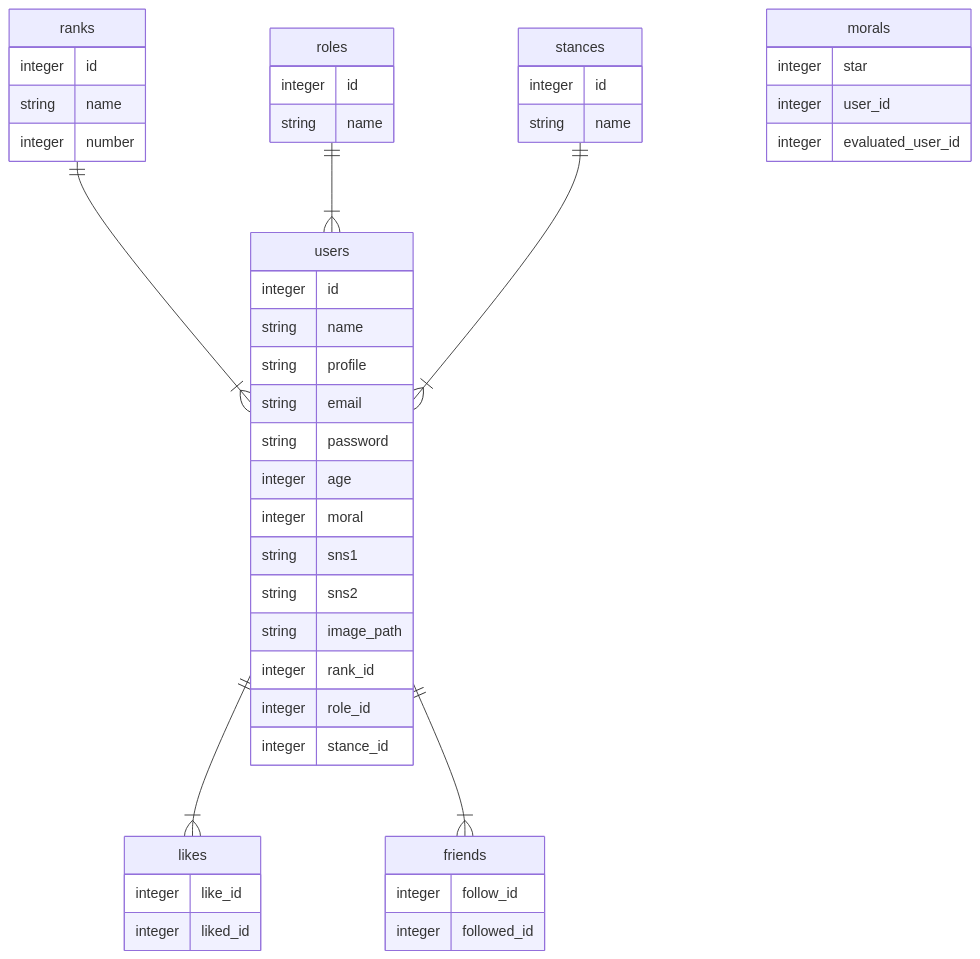
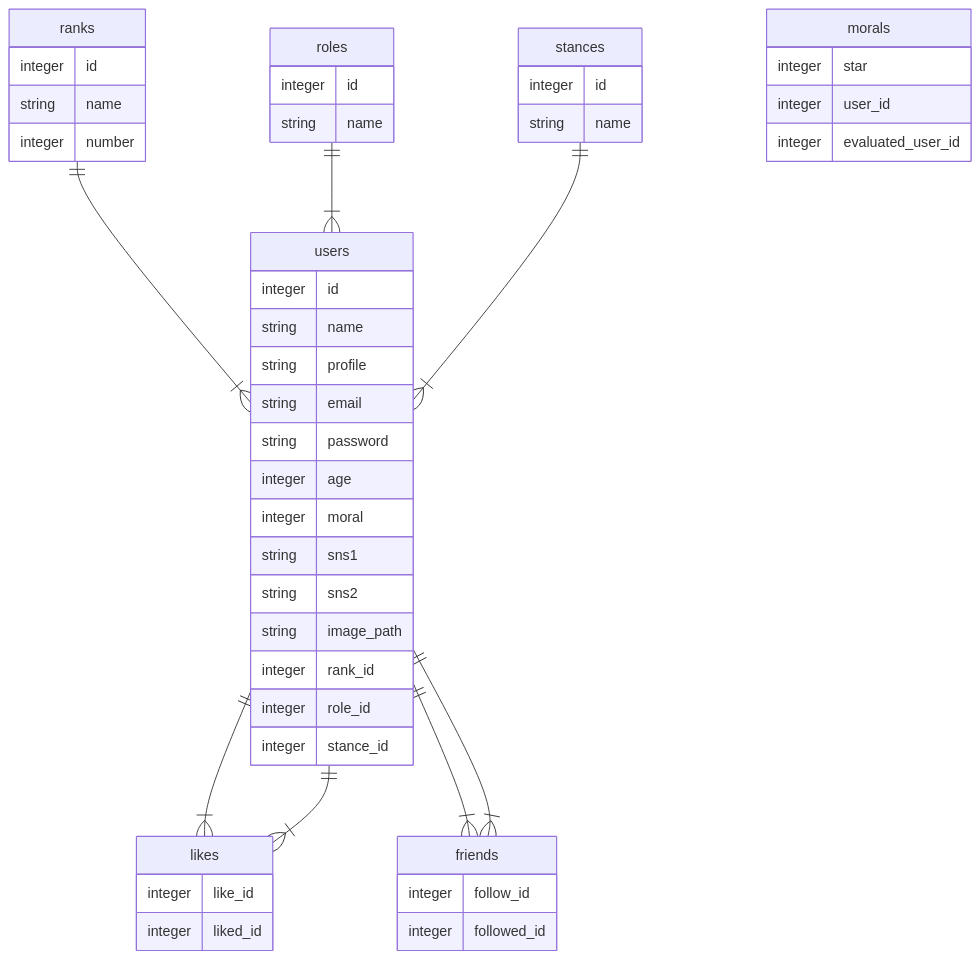
One commit to Yota310/valoboard changed the diagram in README.md. Above: the diagram before and after it, drawn with Mermaid.

Commit message:
[fix]READMEの修正

````diff
--- a/README.md
+++ b/README.md
@@ -67,59 +67,61 @@
 ```mermaid
 erDiagram
 
 ranks ||--|{ users: ""
 roles ||--|{ users: ""
 stances ||--|{ users: ""
 users ||--|{likes: ""
+users ||--|{likes: ""
+users ||--|{friends: ""
 users ||--|{friends: ""
 
   morals {
     integer star
     integer user_id
     integer evaluated_user_id
   }
   
   users {
     integer id
     string name
     string profile
     string email
     string password
     integer age
     integer moral
     string sns1
     string sns2
     string image_path
     integer rank_id
     integer role_id
     integer stance_id
   }
 
   ranks {
     integer id
     string name
     integer number
   }
 
   roles {
     integer id
     string name
   }
 
   stances {
     integer id
     string name
   }
 
   likes {
    integer like_id
    integer liked_id
   }
 
   friends {
    integer follow_id
    integer followed_id
   }
 
 
 ```
````
